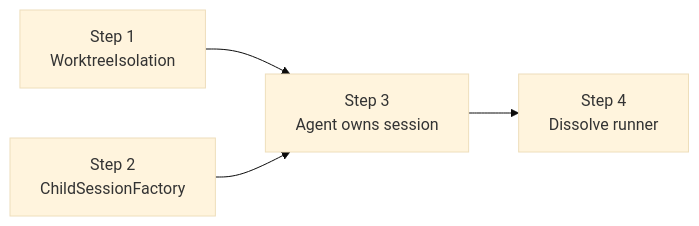
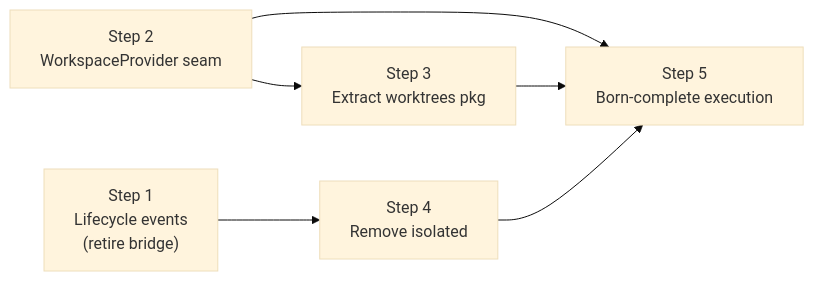
One commit to ttdua/pi-subagents changed the sixth of 6 diagrams in docs/architecture/architecture.md. Above: the diagram before and after it, drawn with Mermaid (base theme). The commit also changed other lines of this file and 1 other file, not shown here.

````diff
--- a/docs/architecture/architecture.md
+++ b/docs/architecture/architecture.md
@@ -900,11 +788,14 @@
 ```mermaid
 flowchart LR
-    S1["Step 1<br/>WorktreeIsolation"]
-    S2["Step 2<br/>ChildSessionFactory"]
-    S3["Step 3<br/>Agent owns session"]
-    S4["Step 4<br/>Dissolve runner"]
+    S1["Step 1<br/>Lifecycle events<br/>(retire bridge)"]
+    S2["Step 2<br/>WorkspaceProvider seam"]
+    S3["Step 3<br/>Extract worktrees pkg"]
+    S4["Step 4<br/>Remove isolated"]
+    S5["Step 5<br/>Born-complete execution"]
 
-    S1 --> S3
     S2 --> S3
-    S3 --> S4
+    S1 --> S4
+    S2 --> S5
+    S3 --> S5
+    S4 --> S5
 ```
````
